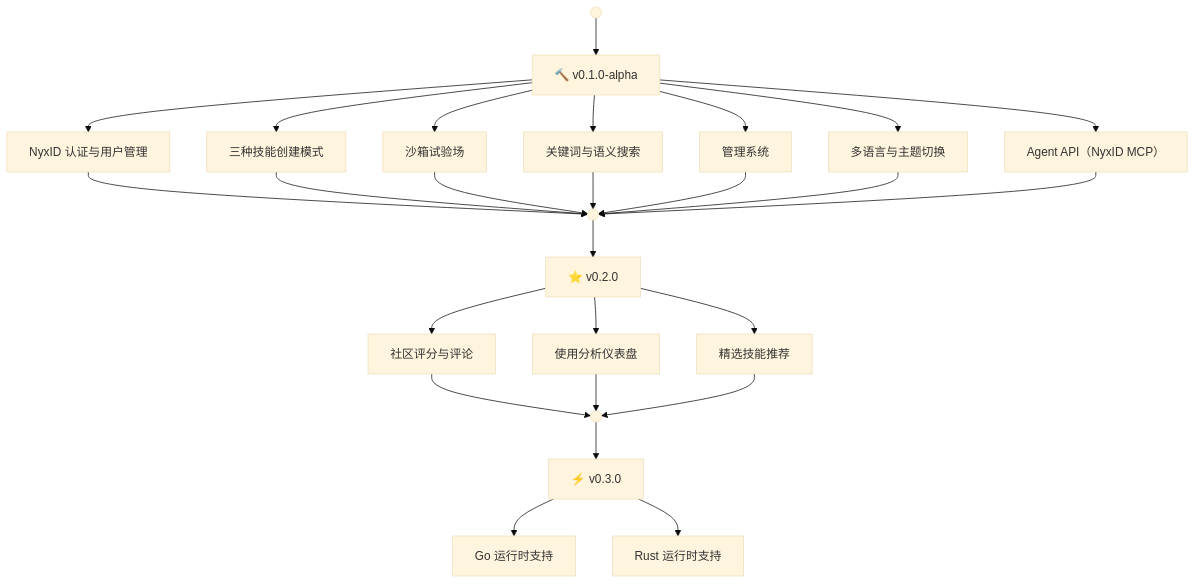
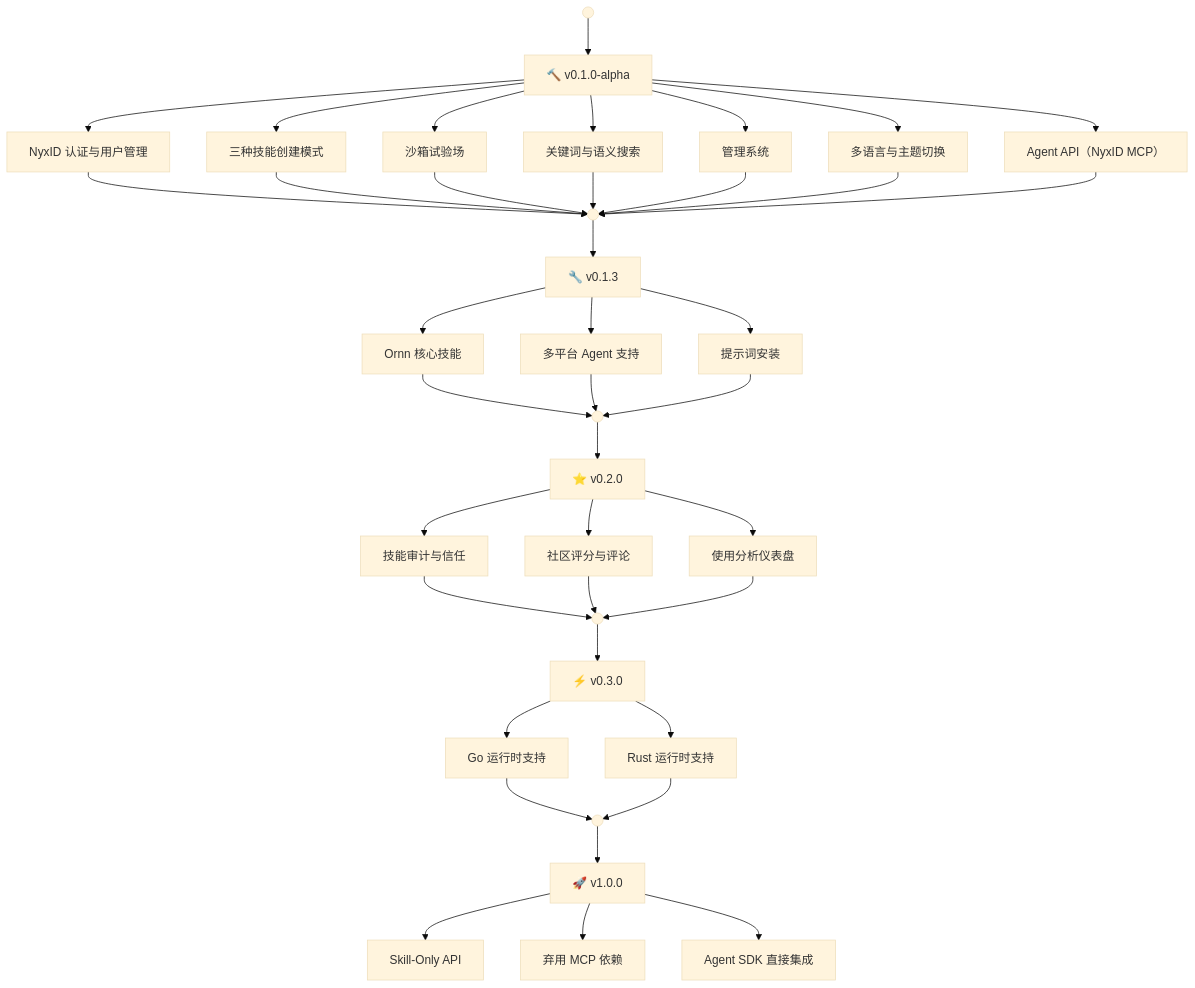
The diagram in ornn-skill/docs/site/zh/roadmap.md (aevatarAI/chrono-ornn), drawn with Mermaid (base theme) before and after one commit. The commit also changed other lines of this file and 14 other files, not shown here.

First line of the commit message:
feat: add ornn core skills, multi-platform agent support, and v0.1.3 release

````diff
--- a/ornn-skill/docs/site/zh/roadmap.md
+++ b/ornn-skill/docs/site/zh/roadmap.md
@@ -3,26 +3,40 @@
 ```mermaid
 graph TD
     START((" ")) --> V1
 
     V1["🔨 v0.1.0-alpha"]
     V1 --> F1["NyxID 认证与用户管理"]
     V1 --> F2["三种技能创建模式"]
     V1 --> F3["沙箱试验场"]
     V1 --> F4["关键词与语义搜索"]
     V1 --> F5["管理系统"]
     V1 --> F6["多语言与主题切换"]
     V1 --> F7["Agent API（NyxID MCP）"]
 
-    F1 & F2 & F3 & F4 & F5 & F6 & F7 --> BRIDGE1((" "))
+    F1 & F2 & F3 & F4 & F5 & F6 & F7 --> BRIDGE0((" "))
+
+    BRIDGE0 --> V1B["🔧 v0.1.3"]
+    V1B --> F8["Ornn 核心技能"]
+    V1B --> F9["多平台 Agent 支持"]
+    V1B --> F10["提示词安装"]
+
+    F8 & F9 & F10 --> BRIDGE1((" "))
 
     BRIDGE1 --> V2["⭐ v0.2.0"]
-    V2 --> G1["社区评分与评论"]
-    V2 --> G2["使用分析仪表盘"]
-    V2 --> G3["精选技能推荐"]
+    V2 --> G1["技能审计与信任"]
+    V2 --> G2["社区评分与评论"]
+    V2 --> G3["使用分析仪表盘"]
 
     G1 & G2 & G3 --> BRIDGE2((" "))
 
     BRIDGE2 --> V3["⚡ v0.3.0"]
     V3 --> H1["Go 运行时支持"]
     V3 --> H2["Rust 运行时支持"]
+
+    H1 & H2 --> BRIDGE3((" "))
+
+    BRIDGE3 --> V4["🚀 v1.0.0"]
+    V4 --> I1["Skill-Only API"]
+    V4 --> I2["弃用 MCP 依赖"]
+    V4 --> I3["Agent SDK 直接集成"]
 ```
````
